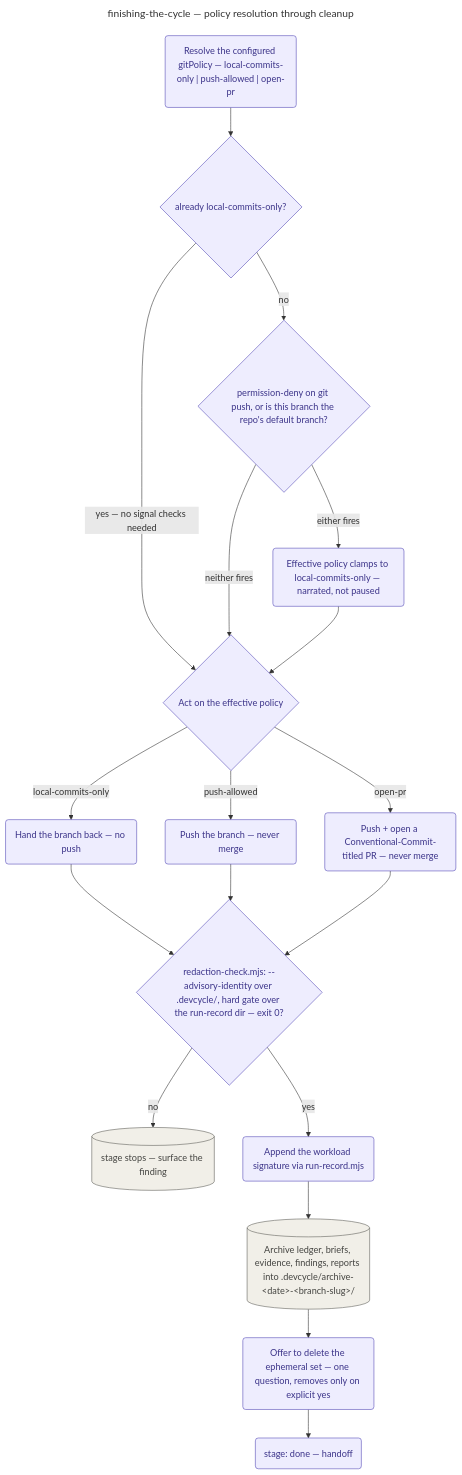
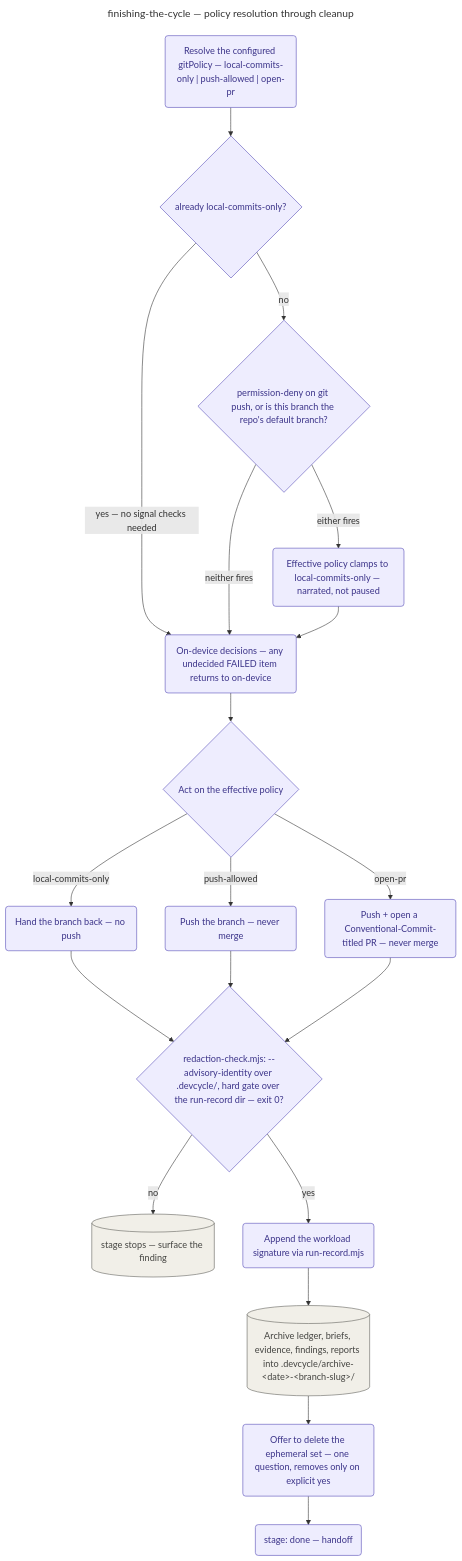
The diagram in docs/playbooks/finishing-the-cycle/README.md (KonstantinRoehrl/devcycle), drawn with Mermaid before and after one commit. The commit also changed other lines of this file and 7 other files, not shown here.

First line of the commit message:
docs: describe the unattended knob start and on-device FAILED-item routing (#384, #383, #381)

````diff
--- a/docs/playbooks/finishing-the-cycle/README.md
+++ b/docs/playbooks/finishing-the-cycle/README.md
@@ -55,31 +60,33 @@
 ```mermaid
 ---
 title: finishing-the-cycle — policy resolution through cleanup
 accDescr: Playbook-internal flowchart of the finish stage, from resolving the configured git policy through the permission and protected-branch signal checks, acting on the effective policy, the redaction and workload gates, the unconditional archive copy, and the ephemeral-cleanup offer.
 ---
 flowchart TD
     CFG("Resolve the configured gitPolicy — local-commits-only | push-allowed | open-pr"):::stage
     CFG --> FLOOR{"already local-commits-only?"}:::stage
-    FLOOR -->|"yes — no signal checks needed"| ACT
+    FLOOR -->|"yes — no signal checks needed"| GUARD
     FLOOR -->|"no"| SIGNALS{"permission-deny on git push, or is this branch the repo's default branch?"}:::stage
     SIGNALS -->|"either fires"| CLAMP("Effective policy clamps to local-commits-only — narrated, not paused"):::stage
-    SIGNALS -->|"neither fires"| ACT
-    CLAMP --> ACT
+    SIGNALS -->|"neither fires"| GUARD
+    CLAMP --> GUARD
+    GUARD("On-device decisions — any undecided FAILED item returns to on-device"):::stage
+    GUARD --> ACT
     ACT{"Act on the effective policy"}:::stage
     ACT -->|"local-commits-only"| HANDBACK("Hand the branch back — no push"):::stage
     ACT -->|"push-allowed"| PUSH("Push the branch — never merge"):::stage
     ACT -->|"open-pr"| PR("Push + open a Conventional-Commit-titled PR — never merge"):::stage
     HANDBACK --> REDACT
     PUSH --> REDACT
     PR --> REDACT
     REDACT{"redaction-check.mjs: --advisory-identity over .devcycle/, hard gate over the run-record dir — exit 0?"}:::stage
     REDACT -->|"no"| STOP[("stage stops — surface the finding")]:::structural
     REDACT -->|"yes"| RECORD("Append the workload signature via run-record.mjs"):::stage
     RECORD --> ARCHIVE[("Archive ledger, briefs, evidence, findings, reports into .devcycle/archive-&lt;date&gt;-&lt;branch-slug&gt;/")]:::structural
     ARCHIVE --> CLEAN("Offer to delete the ephemeral set — one question, removes only on explicit yes"):::stage
     CLEAN --> DONE("stage: done — handoff"):::stage
 
     classDef stage fill:#EEEDFE,stroke:#534AB7,color:#3C3489;
     classDef tool fill:#E1F5EE,stroke:#0F6E56,color:#085041,stroke-dasharray:5 5;
     classDef structural fill:#F1EFE8,stroke:#5F5E5A,color:#444441;
 ```
````
